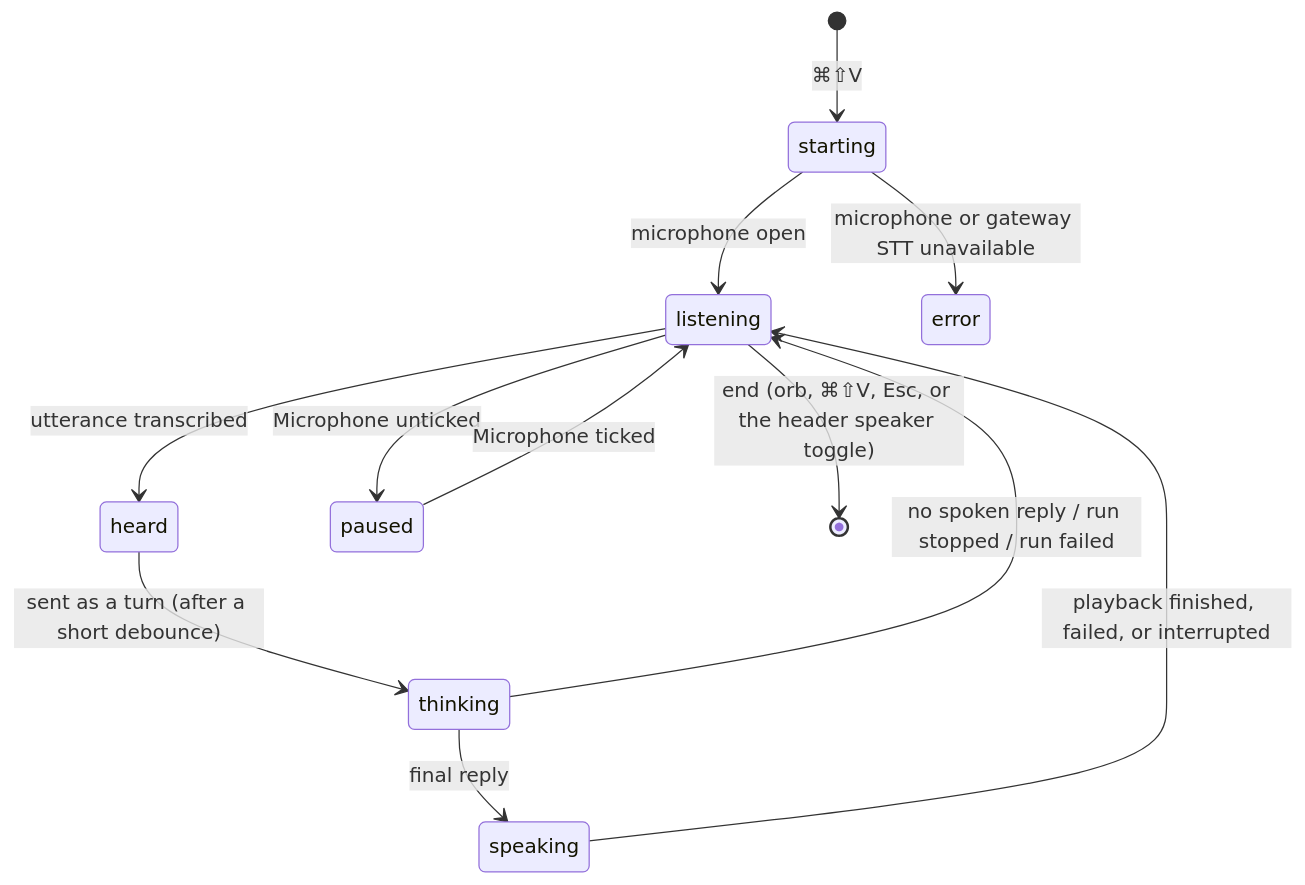
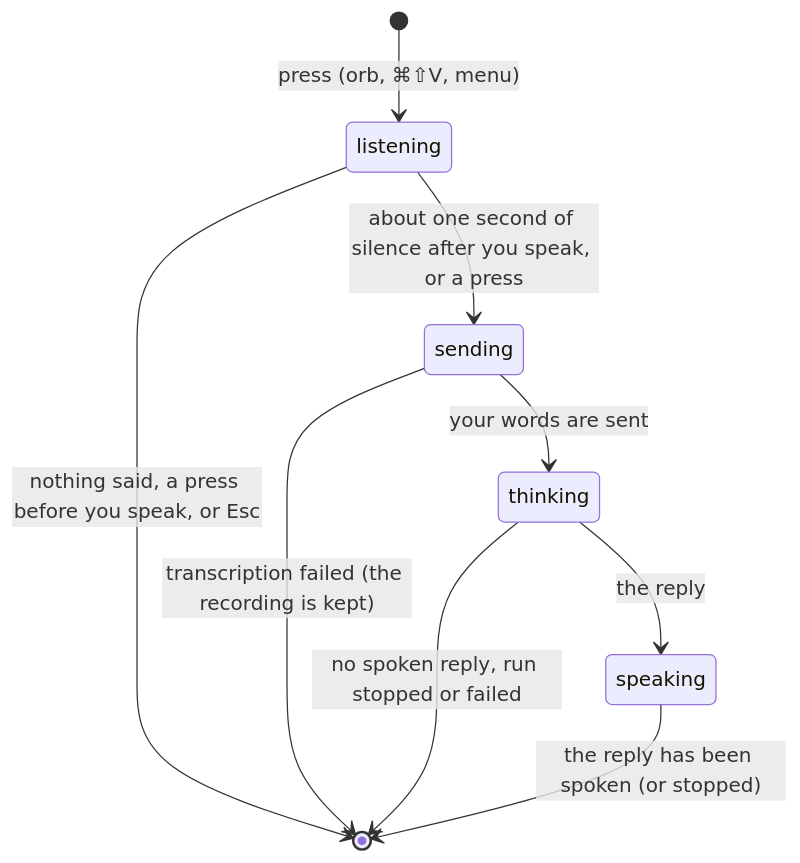
Before and after one commit to lpalbou/AbstractAssistant: the diagram in docs/voice.md, drawn with Mermaid. The commit also changed other lines of this file and 26 other files, not shown here.

````diff
--- a/docs/voice.md
+++ b/docs/voice.md
@@ -66,14 +65,11 @@
 ```mermaid
 stateDiagram-v2
-    [*] --> starting: ⌘⇧V
-    starting --> listening: microphone open
-    starting --> error: microphone or gateway STT unavailable
-    listening --> heard: utterance transcribed
-    heard --> thinking: sent as a turn (after a short debounce)
-    thinking --> speaking: final reply
-    thinking --> listening: no spoken reply / run stopped / run failed
-    speaking --> listening: playback finished, failed, or interrupted
-    listening --> paused: Microphone unticked
-    paused --> listening: Microphone ticked
-    listening --> [*]: end (orb, ⌘⇧V, Esc, or the header speaker toggle)
+    [*] --> listening: press (orb, ⌘⇧V, menu)
+    listening --> sending: about one second of silence after you speak, or a press
+    listening --> [*]: nothing said, a press before you speak, or Esc
+    sending --> thinking: your words are sent
+    sending --> [*]: transcription failed (the recording is kept)
+    thinking --> speaking: the reply
+    thinking --> [*]: no spoken reply, run stopped or failed
+    speaking --> [*]: the reply has been spoken (or stopped)
 ```
````
